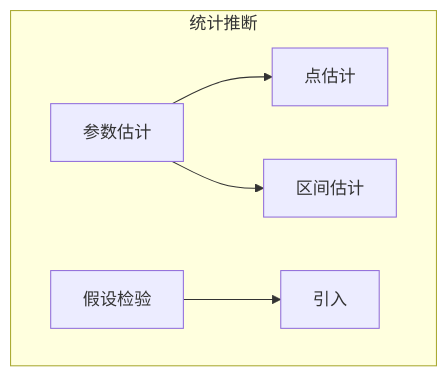
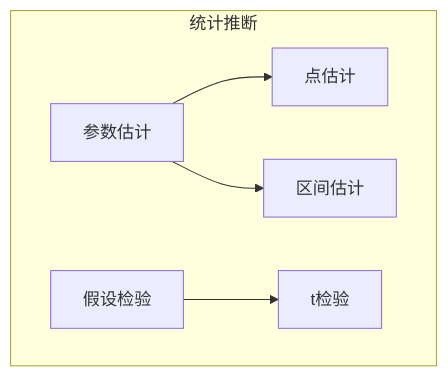
The second of 2 diagrams in source/_posts/Mind map of health statistics.md (introvert24312/somehow), drawn with Mermaid before and after one commit. The commit also changed 4 other files, not shown here.

````diff
--- a/source/_posts/Mind map of health statistics.md
+++ b/source/_posts/Mind map of health statistics.md
@@ -30,11 +30,13 @@
 ```mermaid
 graph TD;
 subgraph 统计推断
 1[参数估计]-->1a[点估计]
 1-->1b[区间估计]
-2[假设检验]-->2a[引入]
+2[假设检验]-->2a[t检验]
 end
 click 1a "https://ysz.asia/2024/10/10/interval%20estimation/"
 click 1b "https://ysz.asia/2024/10/10/interval%20estimation/"
+click 2 "https://ysz.asia/2024/04/04/hypothesis%20testing/"
+
 
 ```
````
